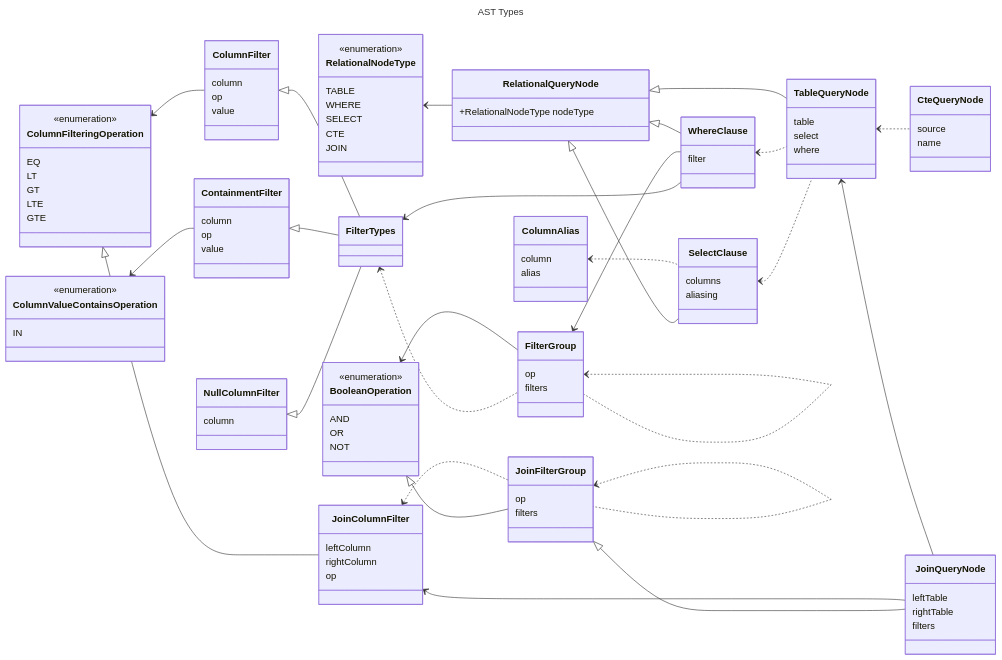
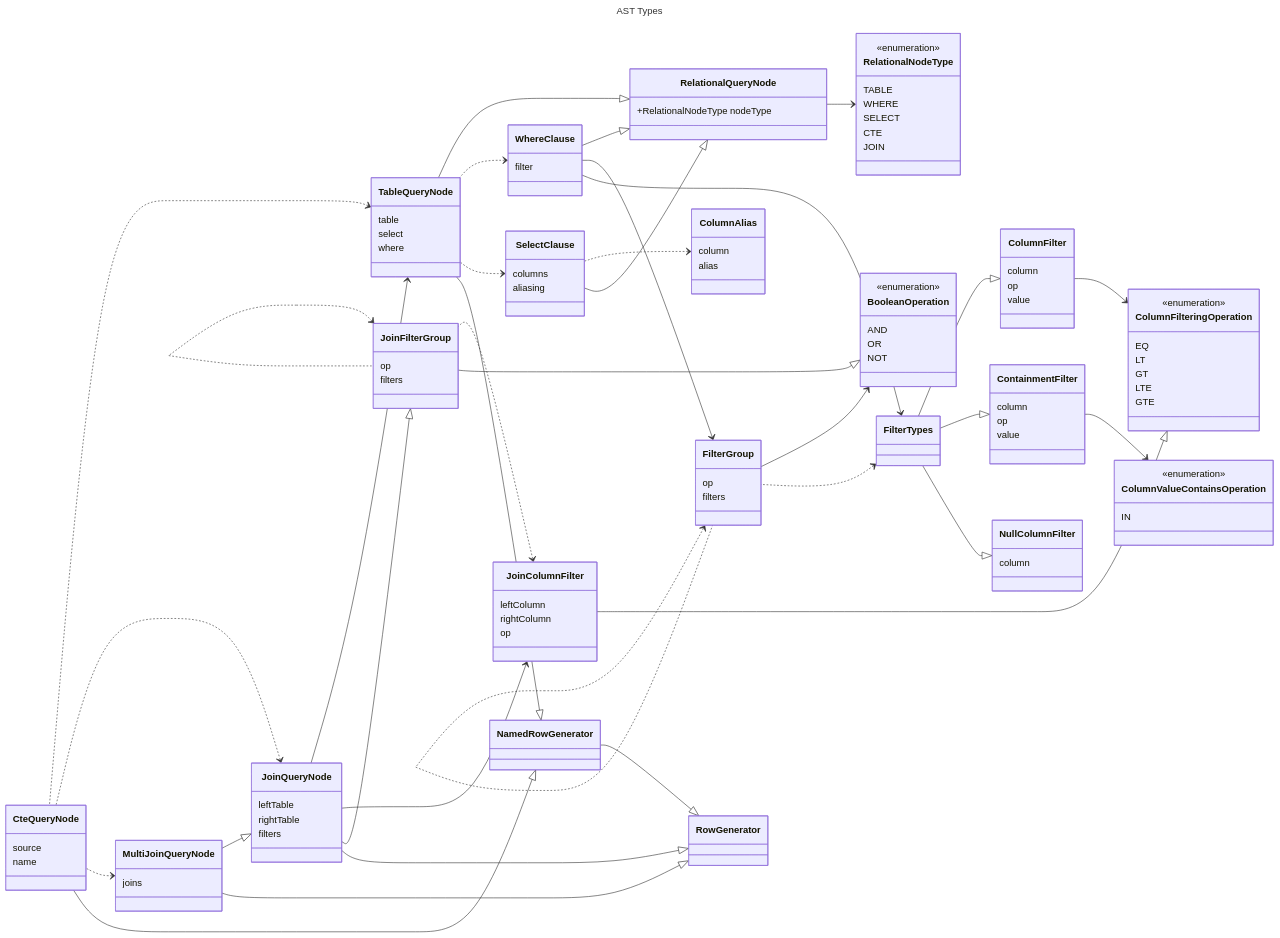
One commit to telefrek/granada changed the diagram in packages/data/relational/README.md. Above: the diagram before and after it, drawn with Mermaid. The commit also changed 6 other files, not shown here.

````diff
--- a/packages/data/relational/README.md
+++ b/packages/data/relational/README.md
@@ -57,7 +57,7 @@
 title: AST Types
 ---
 classDiagram
-    direction LR
+    direction RL
     class RelationalNodeType{
         <<enumeration>>
         TABLE
@@ -138,6 +138,9 @@
         rightTable
         filters
     }
+    class MultiJoinQueryNode{
+        joins
+    }
     RelationalNodeType<--RelationalQueryNode
     ColumnFilteringOperation<--ColumnFilter
     ColumnValueContainsOperation<--ContainmentFilter
@@ -163,4 +166,12 @@
     JoinColumnFilter<--JoinQueryNode
     ColumnFilteringOperation<|--JoinColumnFilter
     JoinFilterGroup<|--JoinQueryNode
+    JoinQueryNode<|--MultiJoinQueryNode
+    JoinQueryNode<..CteQueryNode
+    MultiJoinQueryNode<..CteQueryNode
+    RowGenerator<|--NamedRowGenerator
+    NamedRowGenerator<|--CteQueryNode
+    NamedRowGenerator<|--TableQueryNode
+    RowGenerator<|--JoinQueryNode
+    RowGenerator<|--MultiJoinQueryNode
 ```
````
